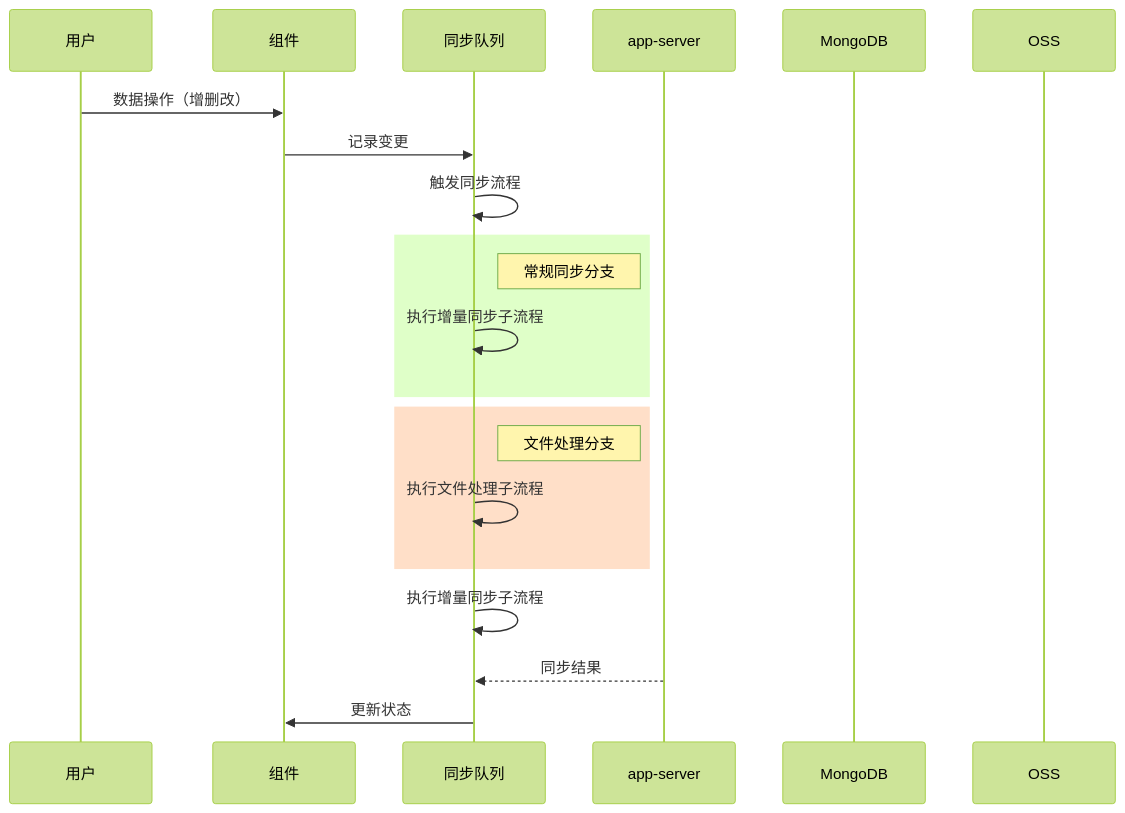
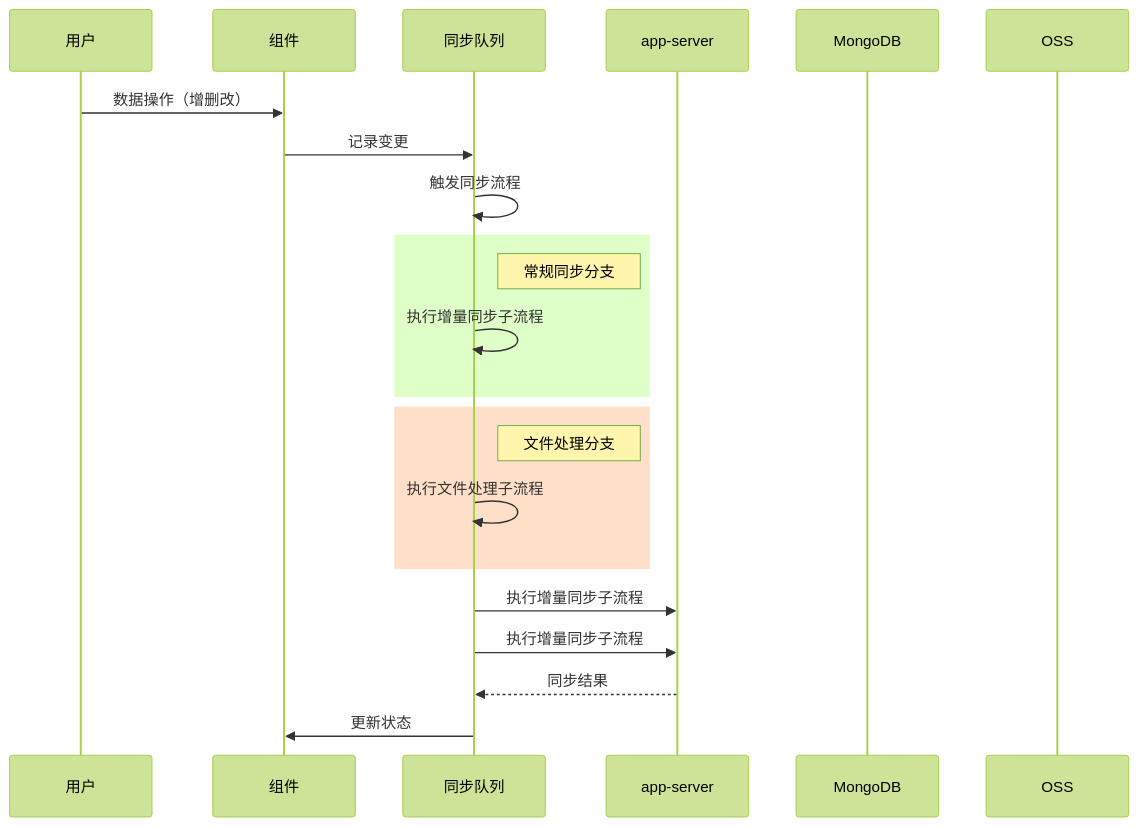
One commit to yingjianzh/iodraw-files changed the diagram in all/未命名-24.md. Above: the diagram before and after it, drawn with Mermaid (forest theme).

Commit message:
2025-02-24 16:21:02 update

````diff
--- a/all/未命名-24.md
+++ b/all/未命名-24.md
@@ -1,33 +1,33 @@
 ```mermaid
 
 sequenceDiagram
     participant 用户
     participant 组件
     participant 同步队列
     participant app-server
     participant MongoDB
     participant OSS
 
 
     用户->>组件: 数据操作（增删改）
     组件->>同步队列: 记录变更
     同步队列->>同步队列: 触发同步流程
 
 
     rect rgb(223,255,200)
     Note right of 同步队列: 常规同步分支
     同步队列->>同步队列: 执行增量同步子流程
     end
 
     rect rgb(255,223,200)
     Note right of 同步队列: 文件处理分支
     同步队列->>同步队列: 执行文件处理子流程
     end
     
-    同步队列->>同步队列: 执行增量同步子流程
-    
+    同步队列->>app-server: 执行增量同步子流程
+    同步队列->>app-server: 执行增量同步子流程
 
     app-server-->>同步队列: 同步结果
     同步队列->>组件: 更新状态
 
 ```
````
